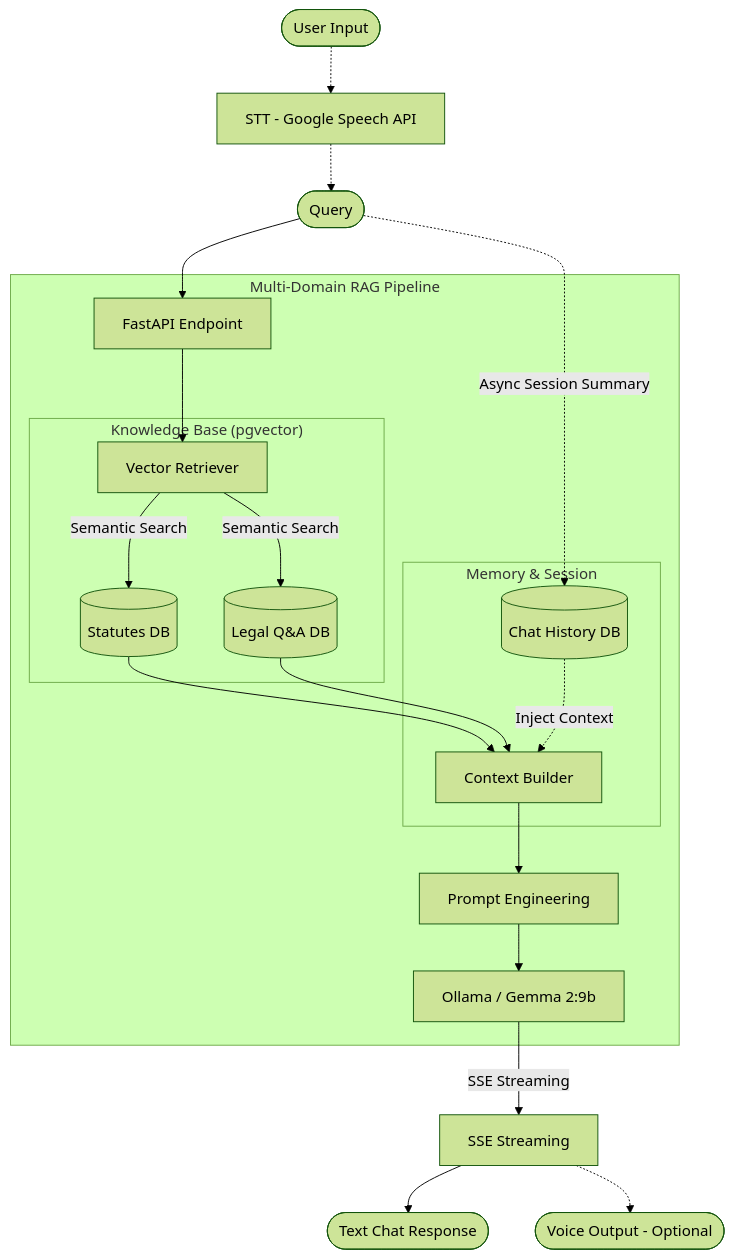
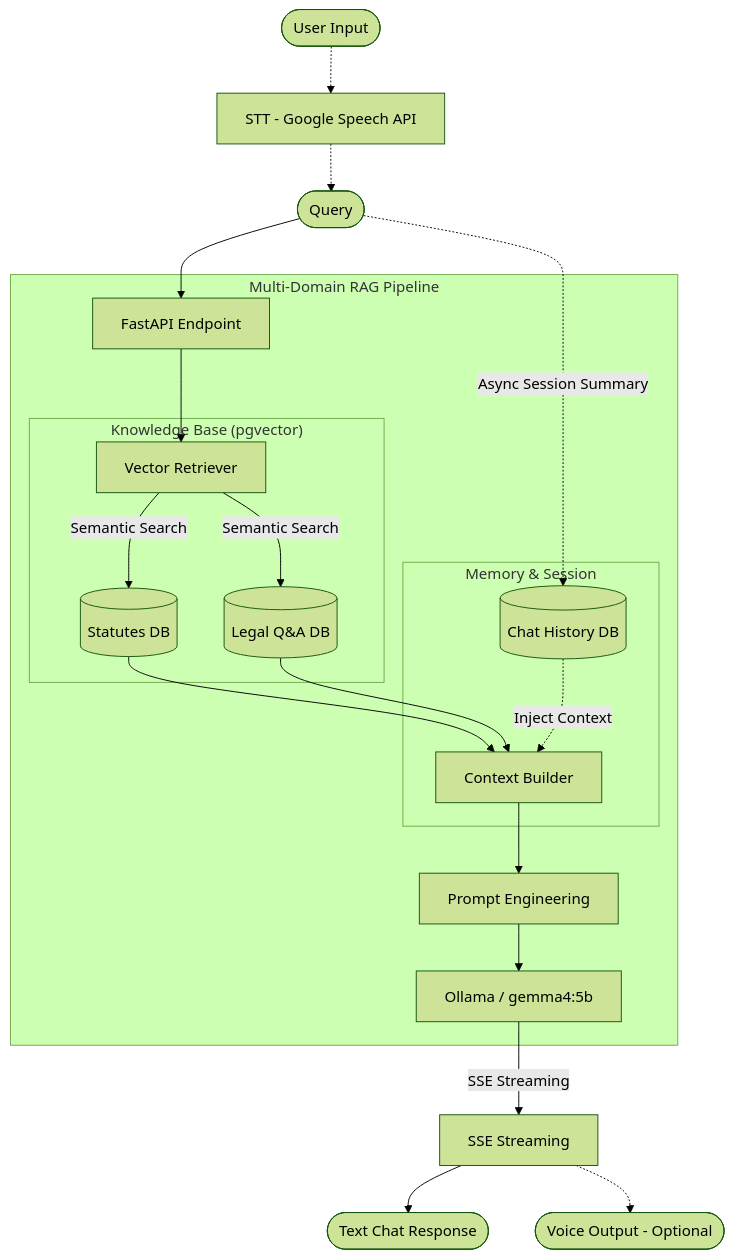
Before and after one commit to EalZz/BaroLaw: the diagram in README.md, drawn with Mermaid (forest theme). The commit also changed other lines of this file and 334 other files, not shown here.

````diff
--- a/README.md
+++ b/README.md
@@ -24,29 +24,29 @@
 ```mermaid
 flowchart TD
     User([User Input]) -.-> STT[STT - Google Speech API]
     STT -.-> Query([Query])
     Query --> API[FastAPI Endpoint]
 
     subgraph "Multi-Domain RAG Pipeline"
         API --> Retriever[Vector Retriever]
         
         subgraph "Knowledge Base (pgvector)"
             Retriever -- "Semantic Search" --> DB_Law[(Statutes DB)]
             Retriever -- "Semantic Search" --> DB_QA[(Legal Q&A DB)]
         end
         
         DB_Law & DB_QA --> Builder[Context Builder]
         
         subgraph "Memory & Session"
             History[(Chat History DB)] -. "Inject Context" .-> Builder
         end
         
         Builder --> Prompt[Prompt Engineering]
-        Prompt --> LLM[Ollama / Gemma 2:9b]
+        Prompt --> LLM[Ollama / gemma4:5b]
     end
     
     LLM -- "SSE Streaming" --> SSE[SSE Streaming]
     SSE --> Response([Text Chat Response])
     SSE -.-> Response_Voice([Voice Output - Optional])
     Query -. "Async Session Summary" .-> History
 ```
````
